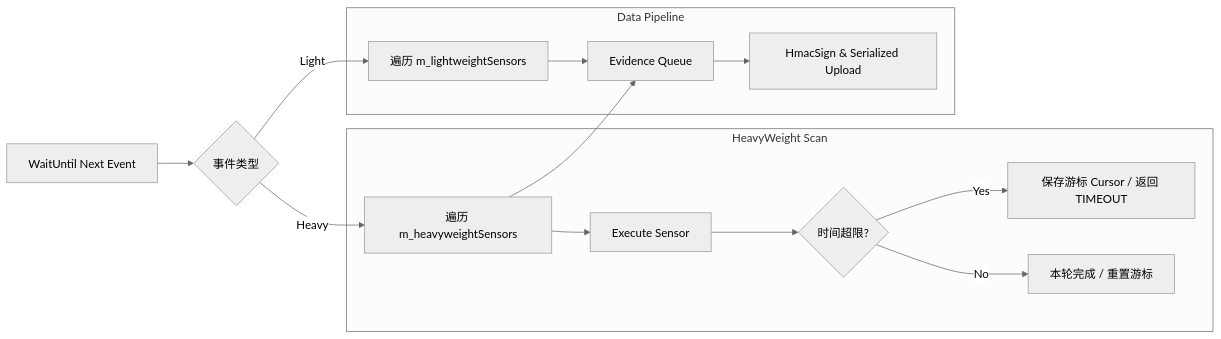
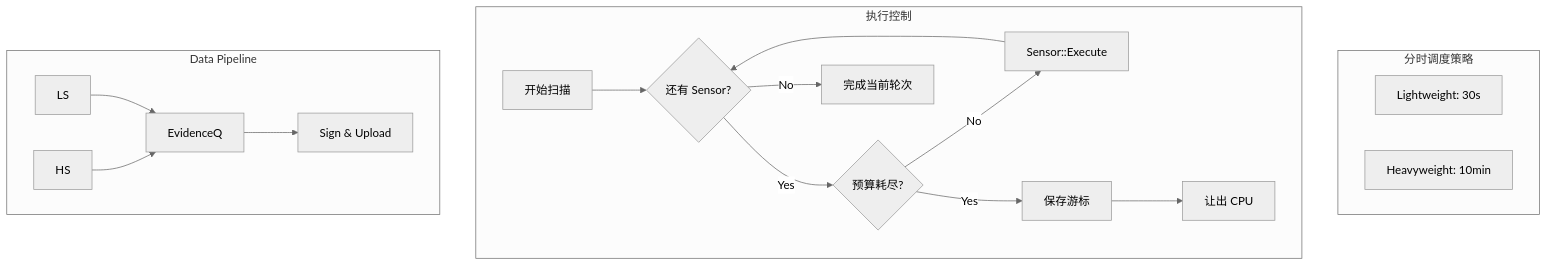
One commit to williammuji/AntiCheat changed the third of 4 diagrams in docs/presentation_outline.md. Above: the diagram before and after it, drawn with Mermaid (neutral theme). The commit also changed other lines of this file and 1 other file, not shown here.

````diff
--- a/docs/presentation_outline.md
+++ b/docs/presentation_outline.md
@@ -93,18 +153,19 @@
 ```mermaid
-graph LR
-    Wait[WaitUntil Next Event] --> Dispatch{事件类型}
-    Dispatch -->|Light| LS[遍历 m_lightweightSensors]
-    Dispatch -->|Heavy| HS[遍历 m_heavyweightSensors]
-
-    subgraph HeavyWeight Scan
-        HS --> Execute[Execute Sensor]
-        Execute --> TimeCheck{时间超限?}
-        TimeCheck -->|Yes| Suspend[保存游标 Cursor / 返回 TIMEOUT]
-        TimeCheck -->|No| Finish[本轮完成 / 重置游标]
+graph TD
+    subgraph Scheduling [分时调度策略]
+        T1[Lightweight: 30s]
+        T2[Heavyweight: 10min]
     end
-
-    subgraph Data Pipeline
-        LS & HS --> Evidence[Evidence Queue]
-        Evidence --> Upload[HmacSign & Serialized Upload]
+    subgraph Execution [执行控制]
+        Start[开始扫描] --> Loop{还有 Sensor?}
+        Loop -->|Yes| Budget{预算耗尽?}
+        Budget -->|No| Run[Sensor::Execute]
+        Budget -->|Yes| Save[保存游标] --> End[让出 CPU]
+        Run --> Loop
+        Loop -->|No| Finish[完成当前轮次]
+    end
+    subgraph Pipeline [Data Pipeline]
+        LS & HS --> Ev[EvidenceQ]
+        Ev --> Up[Sign & Upload]
     end
 ```
````
